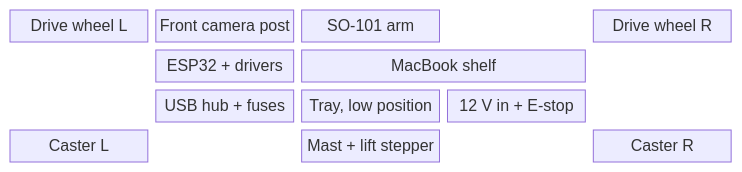
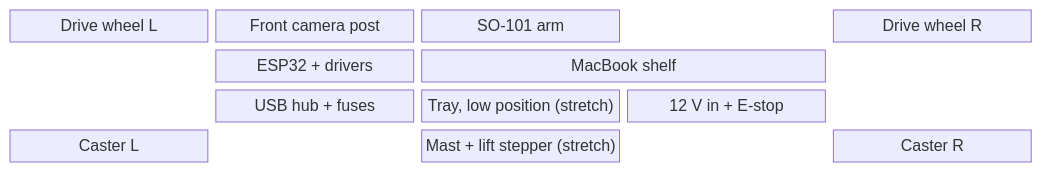
One commit to aarooshpravici/AutoPick-CalHacks changed the fourth of 12 diagrams in plan.md. Above: the diagram before and after it, drawn with Mermaid. The commit also changed other lines of this file, not shown here.

First line of the commit message:
Plan: hour-6 re-plan, arm hands the object over, lift becomes stretch

````diff
--- a/plan.md
+++ b/plan.md
@@ -167,8 +168,8 @@
 ```mermaid
 block-beta
   columns 5
   WL["Drive wheel L"] CAM["Front camera post"] ARM["SO-101 arm"] space WR["Drive wheel R"]
   space ESP["ESP32 + drivers"] MAC["MacBook shelf"]:2 space
-  space HUB["USB hub + fuses"] TRAY["Tray, low position"] PWR["12 V in + E-stop"] space
-  CL["Caster L"] space MAST["Mast + lift stepper"] space CR["Caster R"]
+  space HUB["USB hub + fuses"] TRAY["Tray, low position (stretch)"] PWR["12 V in + E-stop"] space
+  CL["Caster L"] space MAST["Mast + lift stepper (stretch)"] space CR["Caster R"]
 ```
````
